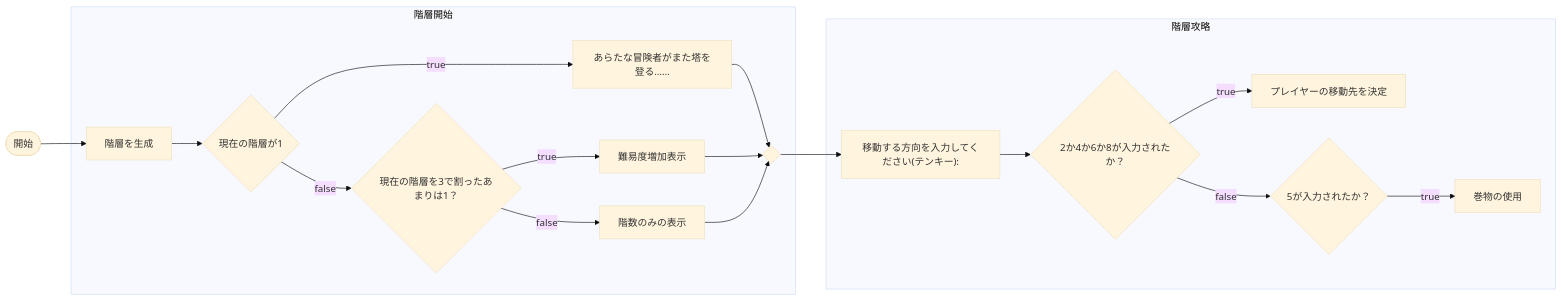
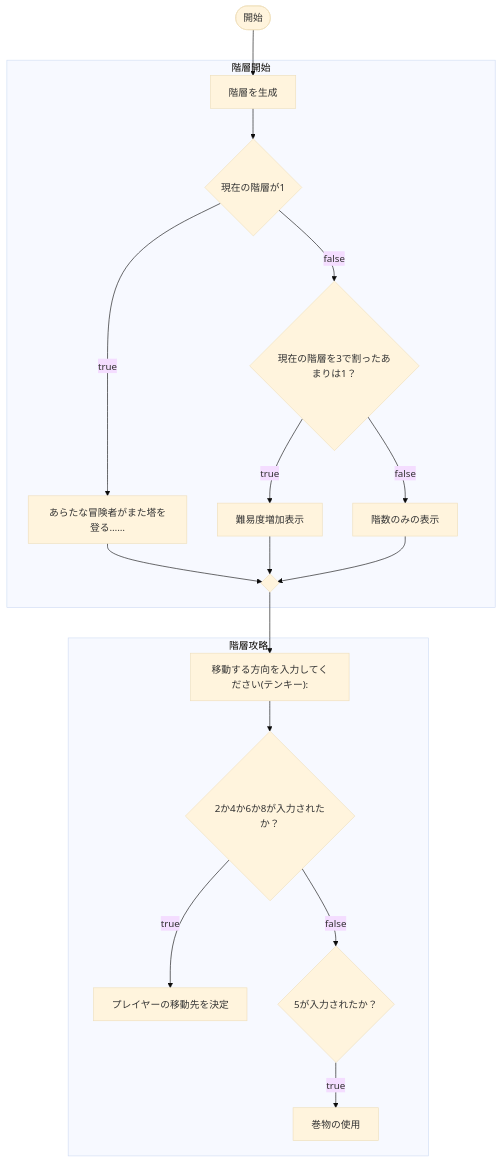
One commit to amichi5963/mermaid_test changed the diagram in README.md. Above: the diagram before and after it, drawn with Mermaid (base theme).

````diff
--- a/README.md
+++ b/README.md
@@ -20,21 +20,21 @@
 ```mermaid
-flowchart LR;
+flowchart TB;
   start([開始]) --> A[階層を生成]
 subgraph 階層開始
   A --> B{"現在の階層が1"}
   B -->|true| C["あらたな冒険者がまた塔を登る……"]
   B -->|false| D{"現在の階層を3で割ったあまりは1？"}
   D -->|true| E["難易度増加表示"]
   D -->|false| F["階数のみの表示"]
   C -->join{" "}
   E -->join
   F -->join
 end
   join --> G["移動する方向を入力してください(テンキー):"]
 subgraph 階層攻略
   G --> H{"2か4か6か8が入力されたか？"}
   H -->|true| I["プレイヤーの移動先を決定"]
   H -->|false| J{"5が入力されたか？"}
   J -->|true| K["巻物の使用"]
 end
 ```
````
